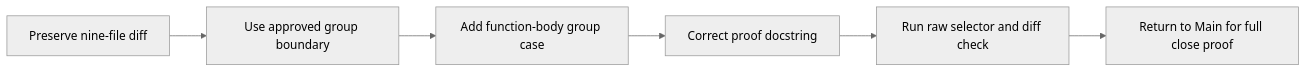
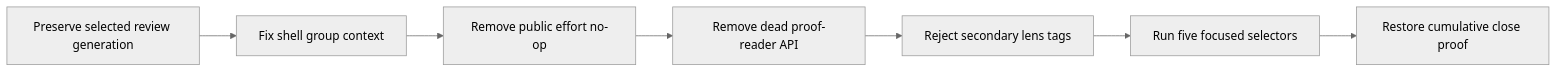
The diagram in .factory/stories/FORGE-COORD-1/task-plans/NATIVE-FOREGROUND-ACTIVATE.md (ismaeldoez7/symphony-forge), drawn with Mermaid (neutral theme) before and after one commit. The commit also changed other lines of this file and 4 other files, not shown here.

Commit message:
plan: restore cumulative native close proof

````diff
--- a/.factory/stories/FORGE-COORD-1/task-plans/NATIVE-FOREGROUND-ACTIVATE.md
+++ b/.factory/stories/FORGE-COORD-1/task-plans/NATIVE-FOREGROUND-ACTIVATE.md
@@ -7,8 +7,9 @@
 ```mermaid
 flowchart LR
-    A[Preserve nine-file diff] --> B[Use approved group boundary]
-    B --> C[Add function-body group case]
-    C --> D[Correct proof docstring]
-    D --> E[Run raw selector and diff check]
-    E --> F[Return to Main for full close proof]
+    A[Preserve selected review generation] --> B[Fix shell group context]
+    B --> C[Remove public effort no-op]
+    C --> D[Remove dead proof-reader API]
+    D --> E[Reject secondary lens tags]
+    E --> F[Run five focused selectors]
+    F --> G[Restore cumulative close proof]
 ```
````
